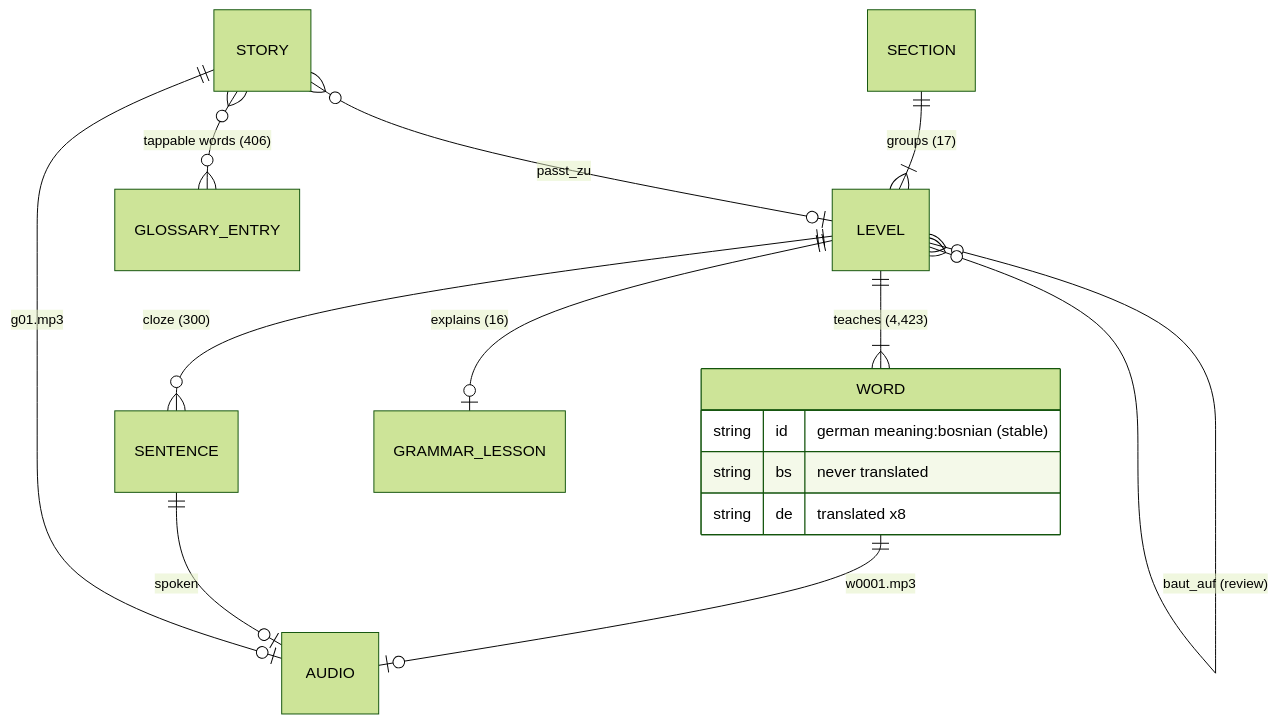
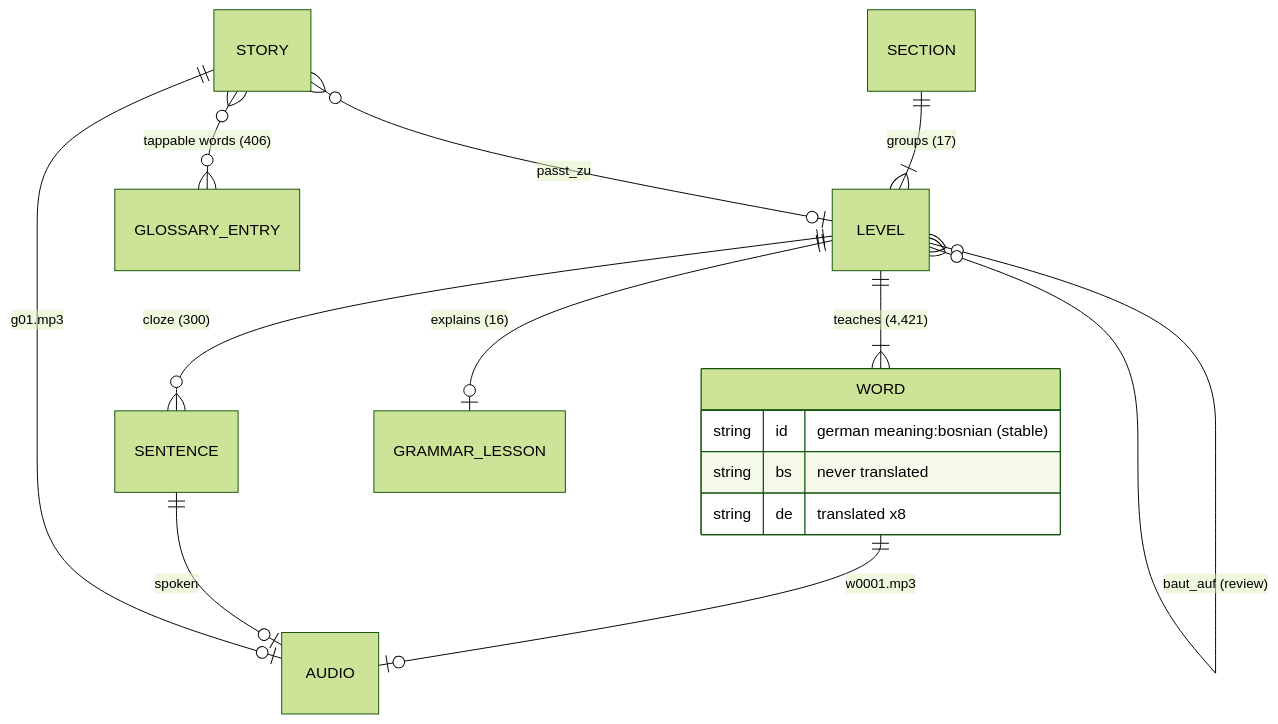
One commit to zmaj-lernapp/zmaj changed the second of 3 diagrams in docs/ARCHITECTURE.md. Above: the diagram before and after it, drawn with Mermaid (forest theme). The commit also changed 47 other files, not shown here.

````diff
--- a/docs/ARCHITECTURE.md
+++ b/docs/ARCHITECTURE.md
@@ -54,18 +54,18 @@
 ```mermaid
 erDiagram
   SECTION ||--|{ LEVEL : "groups (17)"
-  LEVEL ||--|{ WORD : "teaches (4,423)"
+  LEVEL ||--|{ WORD : "teaches (4,421)"
   LEVEL ||--o{ SENTENCE : "cloze (300)"
   LEVEL ||--o| GRAMMAR_LESSON : "explains (16)"
   LEVEL }o--o{ LEVEL : "baut_auf (review)"
   STORY }o--o| LEVEL : "passt_zu"
   STORY }o--o{ GLOSSARY_ENTRY : "tappable words (406)"
   WORD ||--o| AUDIO : "w0001.mp3"
   SENTENCE ||--o| AUDIO : "spoken"
   STORY ||--o| AUDIO : "g01.mp3"
   WORD {
     string id "german meaning:bosnian (stable)"
     string bs "never translated"
     string de "translated x8"
   }
 ```
````
